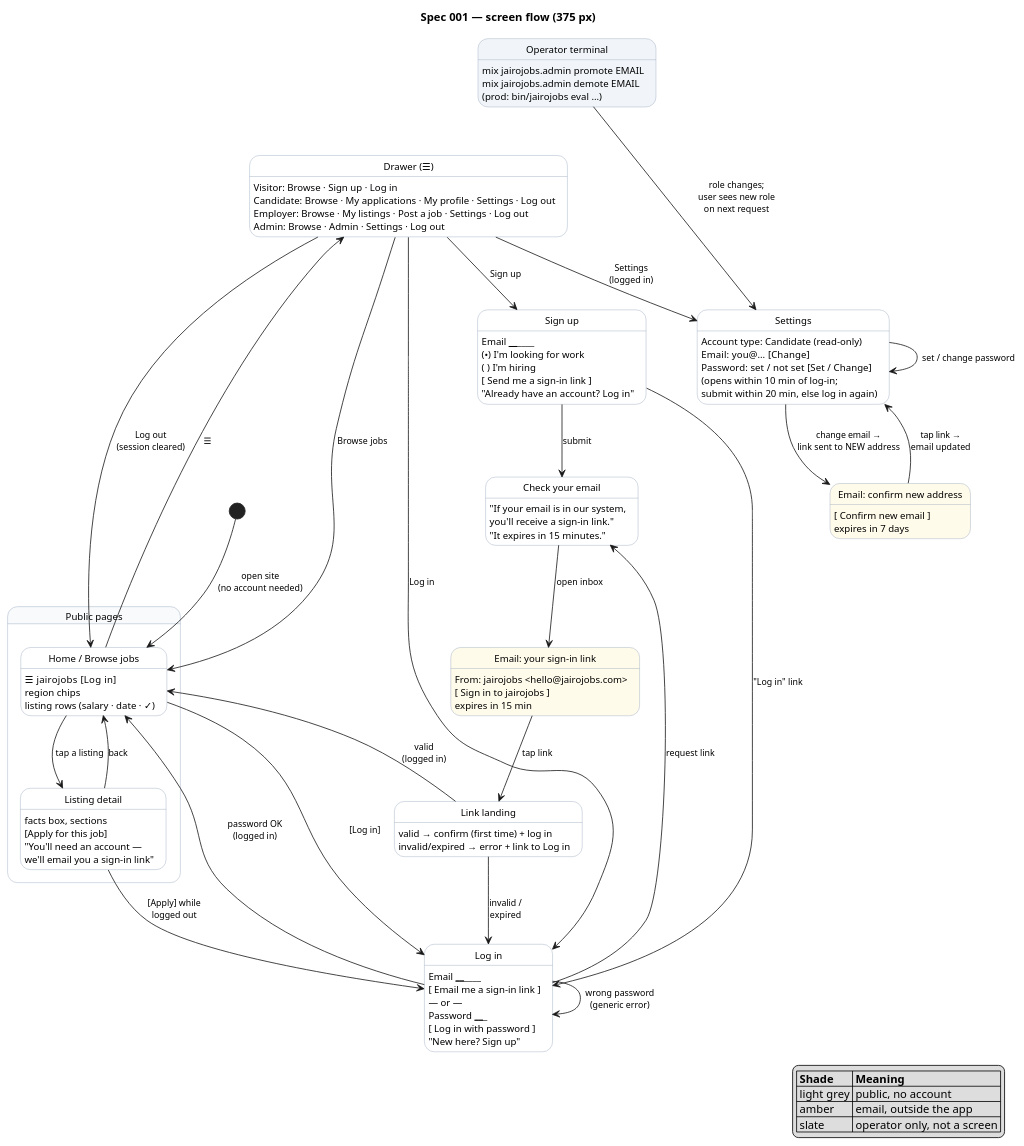
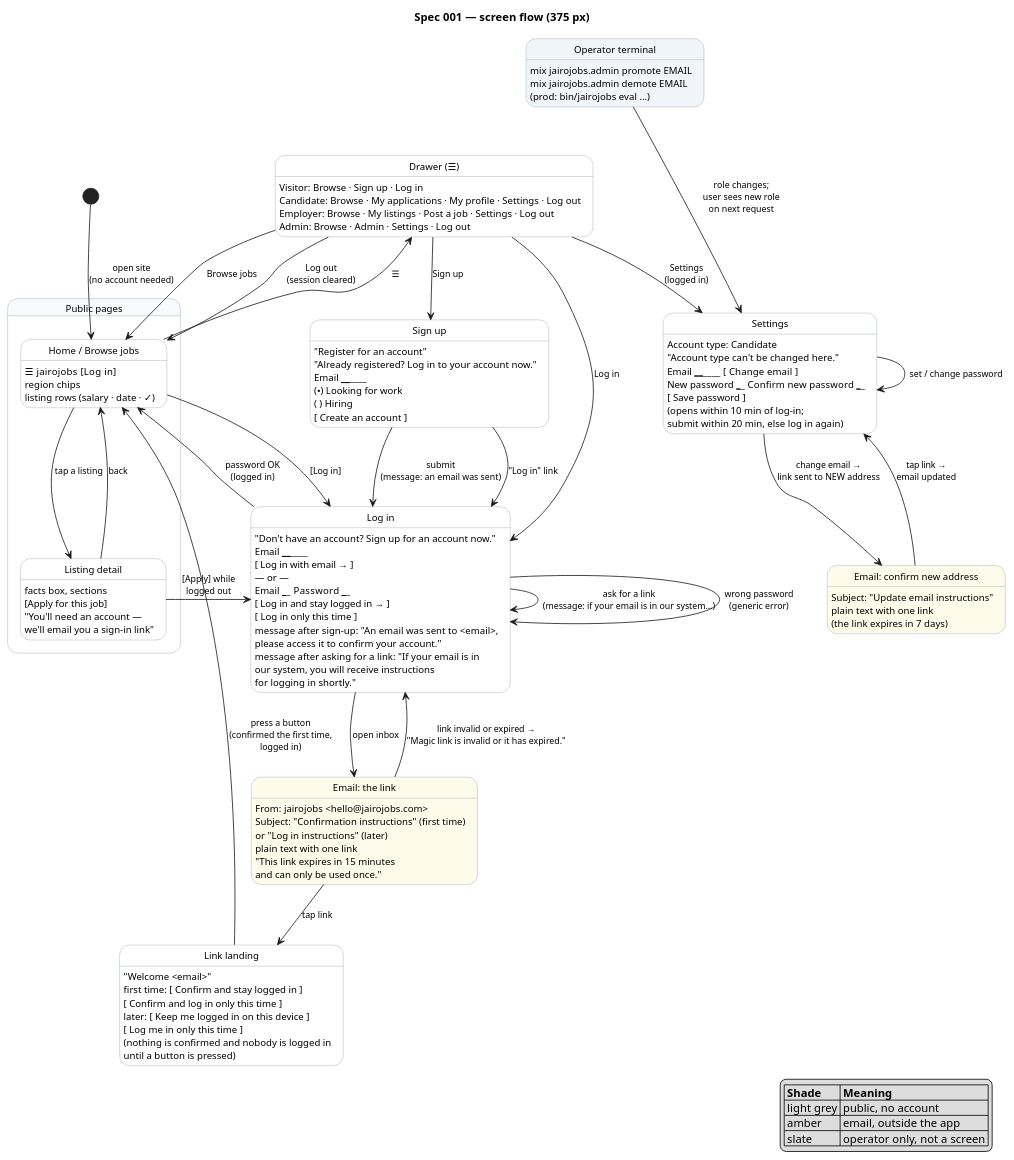
Before and after one commit to raseniero/jairojobs-elixir: the diagram in docs/specs/001-accounts-authentication/diagrams/screenflow-auth.puml, drawn with PlantUML. The commit also changed 8 other files, not shown here.

Commit message:
docs(spec 001): diagrams brought in line with the built screens; the emailed link is opened and confirmed (REQ-001-3, REQ-001-4)

```diff
--- a/docs/specs/001-accounts-authentication/diagrams/screenflow-auth.puml
+++ b/docs/specs/001-accounts-authentication/diagrams/screenflow-auth.puml
@@ -1,111 +1,119 @@
 @startuml screenflow-auth
 ' Spec 001 — screen flow. Each state is a screen (key elements listed); each arrow is a user action.
 ' Every user story US-001-1..9 is a path through this diagram (see table in spec.md).
 
 hide empty description
 skinparam state {
   BackgroundColor white
   BackgroundColor<<public>> #f8fafc
   BackgroundColor<<email>> #fffbeb
   BackgroundColor<<terminal>> #f1f5f9
   BorderColor #94a3b8
   FontSize 12
 }
 skinparam arrowFontSize 11
 
 title Spec 001 — screen flow (375 px)
 
 state "Public pages" as Public <<public>> {
   state "Home / Browse jobs" as Home
   Home : ☰  jairojobs  [Log in]
   Home : region chips
   Home : listing rows (salary · date · ✓)
   state "Listing detail" as Detail
   Detail : facts box, sections
   Detail : [Apply for this job]
   Detail : "You'll need an account —\nwe'll email you a sign-in link"
   Home --> Detail : tap a listing
   Detail --> Home : back
 }
 
 state "Drawer (☰)" as Drawer
 Drawer : Visitor: Browse · Sign up · Log in
 Drawer : Candidate: Browse · My applications · My profile · Settings · Log out
 Drawer : Employer: Browse · My listings · Post a job · Settings · Log out
 Drawer : Admin: Browse · Admin · Settings · Log out
 
 state "Sign up" as Signup
+Signup : "Register for an account"
+Signup : "Already registered? Log in to your account now."
 Signup : Email ______________
-Signup : (•) I'm looking for work
-Signup : ( ) I'm hiring
-Signup : [ Send me a sign-in link ]
-Signup : "Already have an account? Log in"
+Signup : (•) Looking for work
+Signup : ( ) Hiring
+Signup : [ Create an account ]
 
-state "Check your email" as CheckEmail
-CheckEmail : "If your email is in our system,\nyou'll receive a sign-in link."
-CheckEmail : "It expires in 15 minutes."
-
-state "Email: your sign-in link" as Email <<email>>
+state "Email: the link" as Email <<email>>
 Email : From: jairojobs <hello@jairojobs.com>
-Email : [ Sign in to jairojobs ]
-Email : expires in 15 min
+Email : Subject: "Confirmation instructions" (first time)
+Email : or "Log in instructions" (later)
+Email : plain text with one link
+Email : "This link expires in 15 minutes\nand can only be used once."
 
 state "Link landing" as Landing
-Landing : valid → confirm (first time) + log in
-Landing : invalid/expired → error + link to Log in
+Landing : "Welcome <email>"
+Landing : first time: [ Confirm and stay logged in ]
+Landing : [ Confirm and log in only this time ]
+Landing : later: [ Keep me logged in on this device ]
+Landing : [ Log me in only this time ]
+Landing : (nothing is confirmed and nobody is logged in\nuntil a button is pressed)
 
 state "Log in" as Login
+Login : "Don't have an account? Sign up for an account now."
 Login : Email ______________
-Login : [ Email me a sign-in link ]
+Login : [ Log in with email → ]
 Login : — or —
-Login : Password ___________
-Login : [ Log in with password ]
-Login : "New here? Sign up"
+Login : Email ______  Password ______
+Login : [ Log in and stay logged in → ]
+Login : [ Log in only this time ]
+Login : message after sign-up: "An email was sent to <email>,\nplease access it to confirm your account."
+Login : message after asking for a link: "If your email is in\nour system, you will receive instructions\nfor logging in shortly."
 
 state "Settings" as Settings
-Settings : Account type: Candidate (read-only)
-Settings : Email: you@…  [Change]
-Settings : Password: set / not set  [Set / Change]
+Settings : Account type: Candidate\n"Account type can't be changed here."
+Settings : Email ______________  [ Change email ]
+Settings : New password ______  Confirm new password ______
+Settings : [ Save password ]
 Settings : (opens within 10 min of log-in;\nsubmit within 20 min, else log in again)
 
 state "Email: confirm new address" as EmailChange <<email>>
-EmailChange : [ Confirm new email ]
-EmailChange : expires in 7 days
+EmailChange : Subject: "Update email instructions"
+EmailChange : plain text with one link
+EmailChange : (the link expires in 7 days)
 
 state "Operator terminal" as Terminal <<terminal>>
 Terminal : mix jairojobs.admin promote EMAIL
 Terminal : mix jairojobs.admin demote EMAIL
 Terminal : (prod: bin/jairojobs eval …)
 
 [*] --> Home : open site\n(no account needed)
 Home --> Drawer : ☰
 Drawer --> Home : Browse jobs
 Drawer --> Signup : Sign up
 Drawer --> Login : Log in
 Home --> Login : [Log in]
 Detail --> Login : [Apply] while\nlogged out
-Signup --> CheckEmail : submit
+Signup --> Login : submit\n(message: an email was sent)
 Signup --> Login : "Log in" link
-Login --> CheckEmail : request link
+Login --> Login : ask for a link\n(message: if your email is in our system…)
 Login --> Home : password OK\n(logged in)
 Login --> Login : wrong password\n(generic error)
-CheckEmail --> Email : open inbox
+Login --> Email : open inbox
 Email --> Landing : tap link
-Landing --> Home : valid\n(logged in)
-Landing --> Login : invalid /\nexpired
+Landing --> Home : press a button\n(confirmed the first time,\nlogged in)
+Email --> Login : link invalid or expired →\n"Magic link is invalid or it has expired."
 Drawer --> Settings : Settings\n(logged in)
 Settings --> EmailChange : change email →\nlink sent to NEW address
 EmailChange --> Settings : tap link →\nemail updated
 Settings --> Settings : set / change password
 Drawer --> Home : Log out\n(session cleared)
 Terminal --> Settings : role changes;\nuser sees new role\non next request
 Terminal -[hidden]-> Drawer
 
 legend right
   |= Shade |= Meaning |
   | light grey | public, no account |
   | amber | email, outside the app |
   | slate | operator only, not a screen |
 endlegend
 
 @enduml
```
